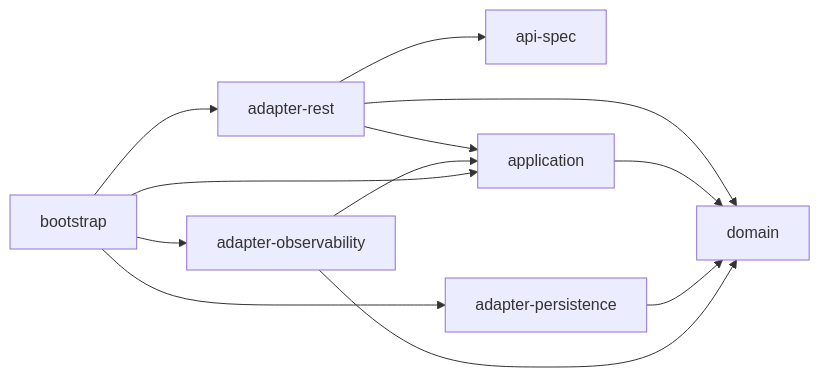
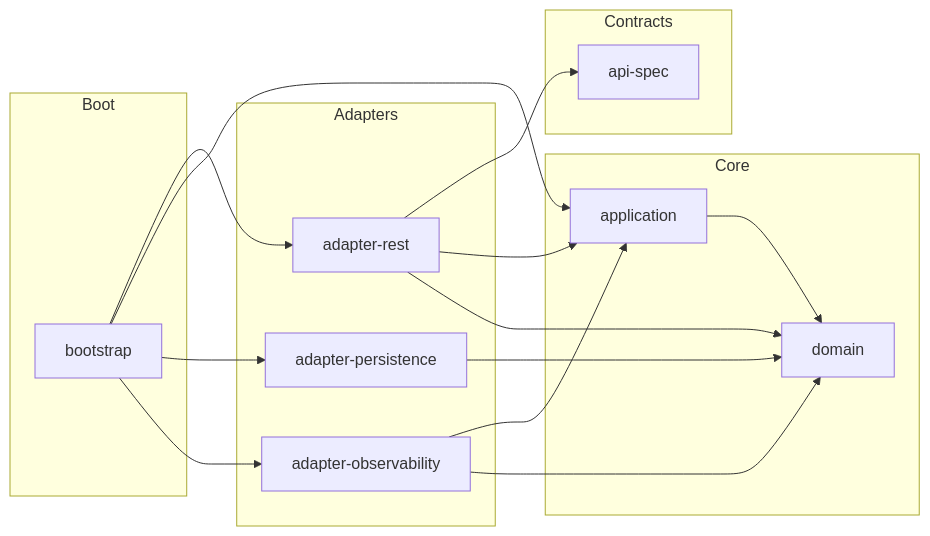
One commit to JuanPabloJimenezEsclusa/product-sorter changed the second of 3 diagrams in README.md. Above: the diagram before and after it, drawn with Mermaid. The commit also changed other lines of this file and 176 other files, not shown here.

````diff
--- a/README.md
+++ b/README.md
@@ -53,8 +129,27 @@
 ```mermaid
 flowchart LR
-    adapter-rest --> api-spec & application & domain
-    application --> domain
-    adapter-persistence --> domain
-    adapter-observability --> application & domain
-    bootstrap --> adapter-rest & application & adapter-persistence & adapter-observability
+  subgraph boot [Boot]
+    bootstrap
+  end
+  
+  subgraph contracts [Contracts]
+    api-spec
+  end
+
+  subgraph core [Core]
+    domain
+    application
+  end
+
+  subgraph adapters [Adapters]
+    adapter-rest
+    adapter-observability
+    adapter-persistence
+  end
+
+  application --> domain
+  adapter-rest --> api-spec & application & domain
+  adapter-persistence --> domain
+  adapter-observability --> application & domain
+  bootstrap --> adapter-rest & application & adapter-persistence & adapter-observability
 ```
````
